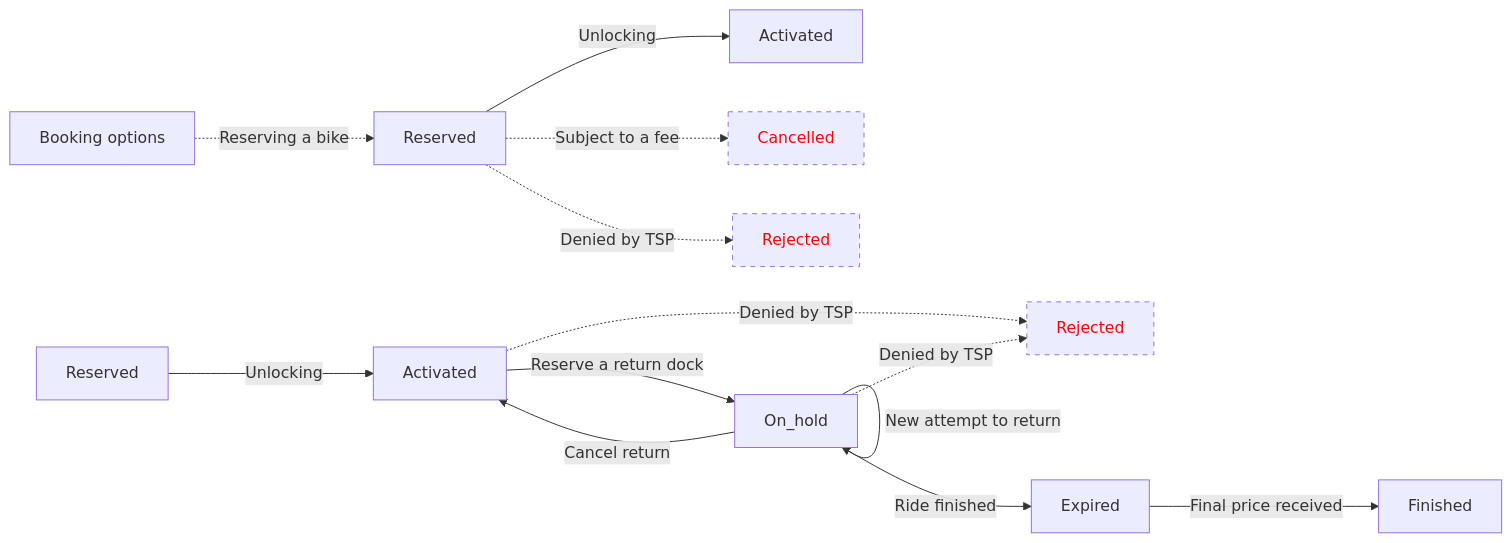
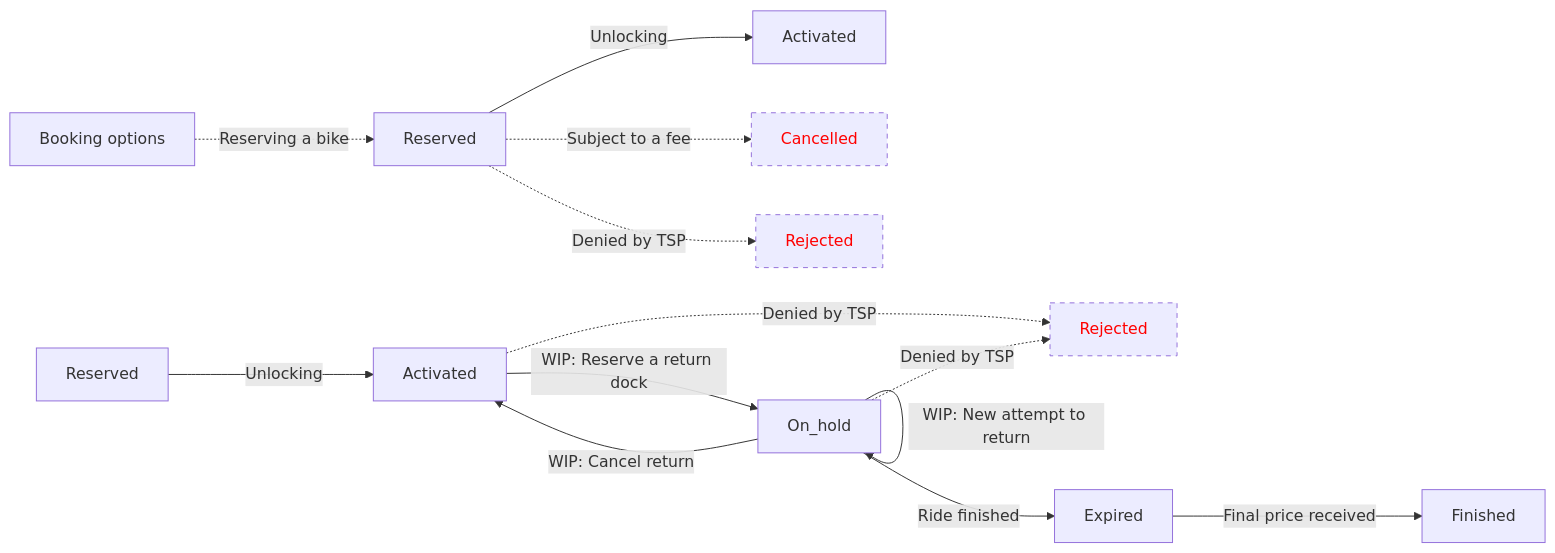
One commit to maasglobal/maas-tsp-api changed the diagram in specs/workflow/docked-bike.mmd. Above: the diagram before and after it, drawn with Mermaid. The commit also changed 3 other files, not shown here.

```diff
--- a/specs/workflow/docked-bike.mmd
+++ b/specs/workflow/docked-bike.mmd
@@ -1,18 +1,18 @@
 graph LR
     %% MermaidJS workflow graph for docker Bike or E-bike TSP
     %% Use https://mermaid-js.github.io/mermaid-live-editor/ to edit
     Options[Booking options] -.->|Reserving a bike | Reserved
     Reserved -->|Unlocking| Activated2[Activated]
     Reserved -.->|Subject to a fee| Cancelled
     Reserved -.->|Denied by TSP| Rejected
     Reserved2[Reserved] -->|Unlocking| Activated
-    Activated -->|Reserve a return dock| On_hold
-    On_hold -->|Cancel return| Activated
-    On_hold -->|New attempt to return| On_hold
+    Activated -->|WIP: Reserve a return dock| On_hold
+    On_hold -->|WIP: Cancel return| Activated
+    On_hold -->|WIP: New attempt to return| On_hold
     Activated -.->|Denied by TSP| Rejected2[Rejected]
     On_hold -.->|Denied by TSP| Rejected2[Rejected]
     On_hold -->|Ride finished| Expired
     Expired -->|Final price received| Finished
     style Cancelled color:red,stroke-dasharray: 5, 5
     style Rejected color:red,stroke-dasharray: 5, 5
     style Rejected2 color:red,stroke-dasharray: 5, 5
```
